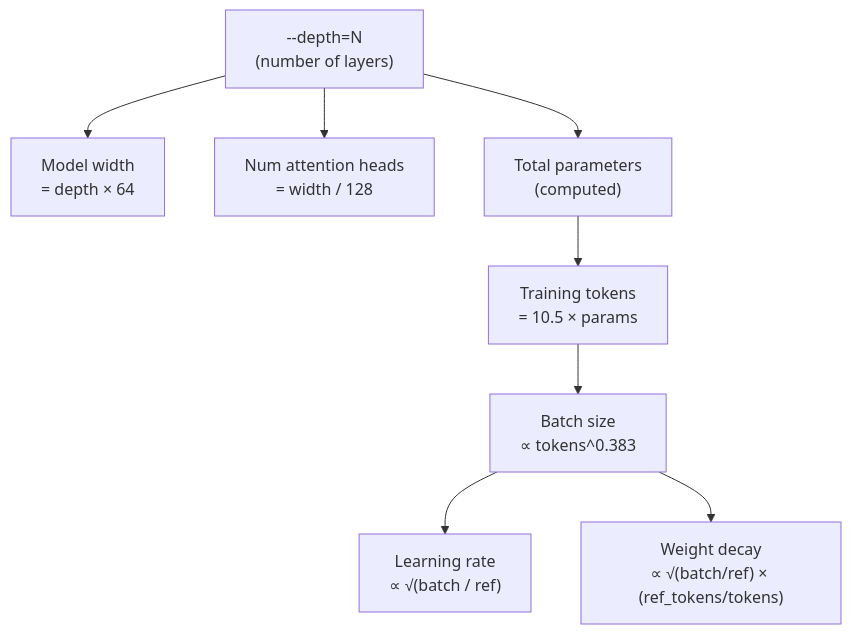
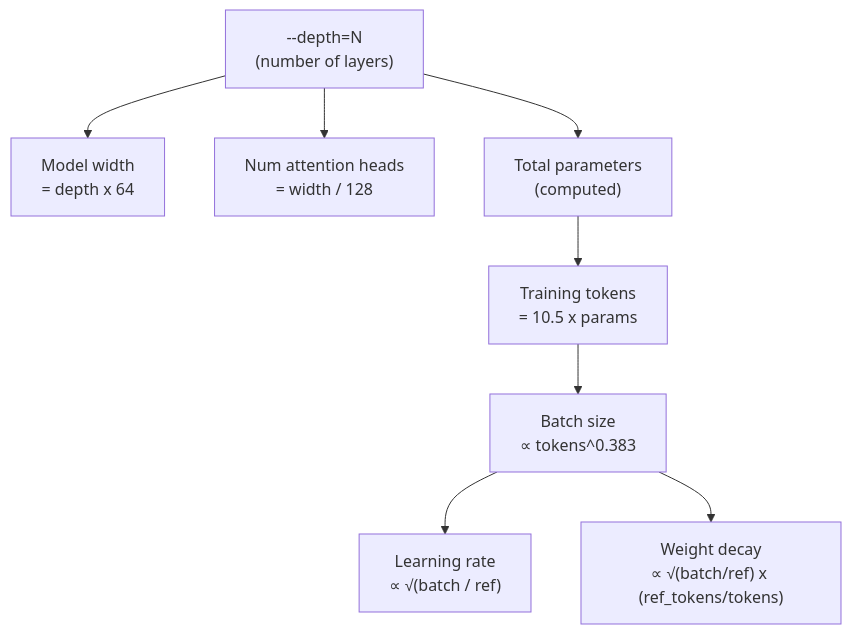
The second of 3 diagrams in learn/00_intro.md (meever/nanochat), drawn with Mermaid before and after one commit. The commit also changed other lines of this file and 11 other files, not shown here.

````diff
--- a/learn/00_intro.md
+++ b/learn/00_intro.md
@@ -77,10 +77,10 @@
 ```mermaid
 flowchart TD
-  D["--depth=N\n(number of layers)"] --> W["Model width\n= depth × 64"]
+  D["--depth=N\n(number of layers)"] --> W["Model width\n= depth x 64"]
   D --> H["Num attention heads\n= width / 128"]
   D --> P["Total parameters\n(computed)"]
-  P --> T["Training tokens\n= 10.5 × params"]
+  P --> T["Training tokens\n= 10.5 x params"]
   T --> B["Batch size\n∝ tokens^0.383"]
   B --> LR["Learning rate\n∝ √(batch / ref)"]
-  B --> WD["Weight decay\n∝ √(batch/ref) × (ref_tokens/tokens)"]
+  B --> WD["Weight decay\n∝ √(batch/ref) x (ref_tokens/tokens)"]
 ```
````
